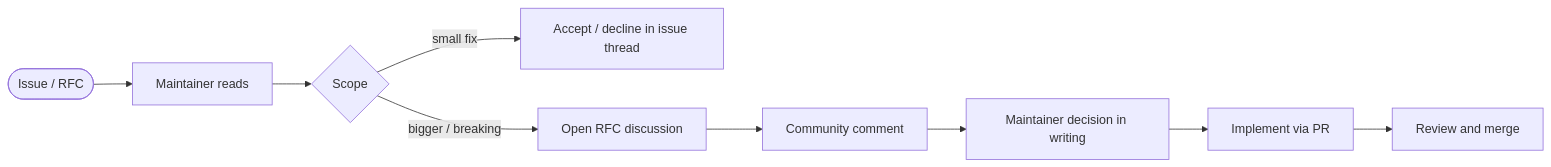
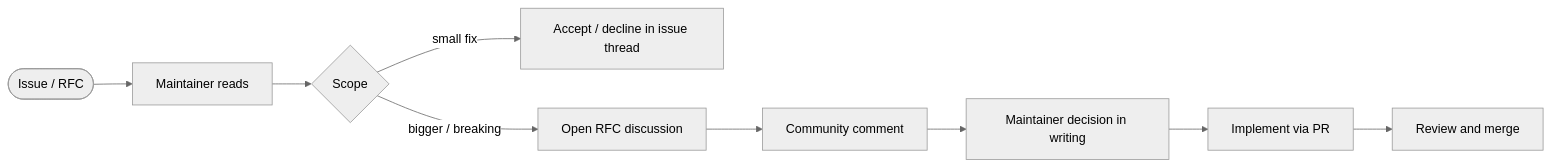
Before and after one commit to sebastienrousseau/raidhos: the diagram in docs/GOVERNANCE.md, drawn with Mermaid. The commit also changed 27 other files, not shown here.

````diff
--- a/docs/GOVERNANCE.md
+++ b/docs/GOVERNANCE.md
@@ -38,11 +38,12 @@
 ```mermaid
+%%{init: {'theme':'neutral'}}%%
 flowchart LR
   ISSUE([Issue / RFC]) --> READ[Maintainer reads]
   READ --> SIZE{Scope}
   SIZE -->|small fix| ACCEPT[Accept / decline in issue thread]
   SIZE -->|bigger / breaking| RFC[Open RFC discussion]
   RFC --> AGREE[Community comment]
   AGREE --> DECIDE[Maintainer decision in writing]
   DECIDE --> IMPL[Implement via PR]
   IMPL --> REVIEW[Review and merge]
 ```
````
